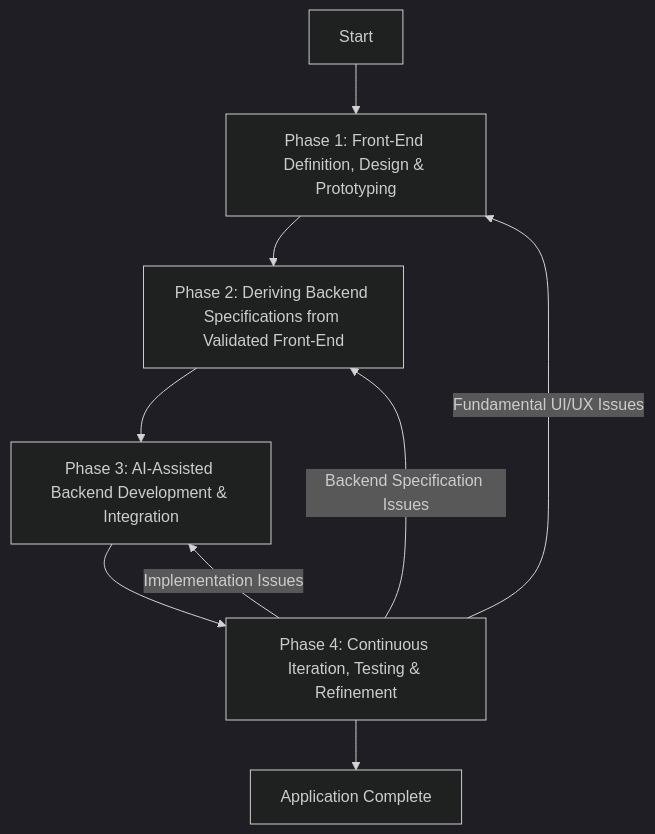
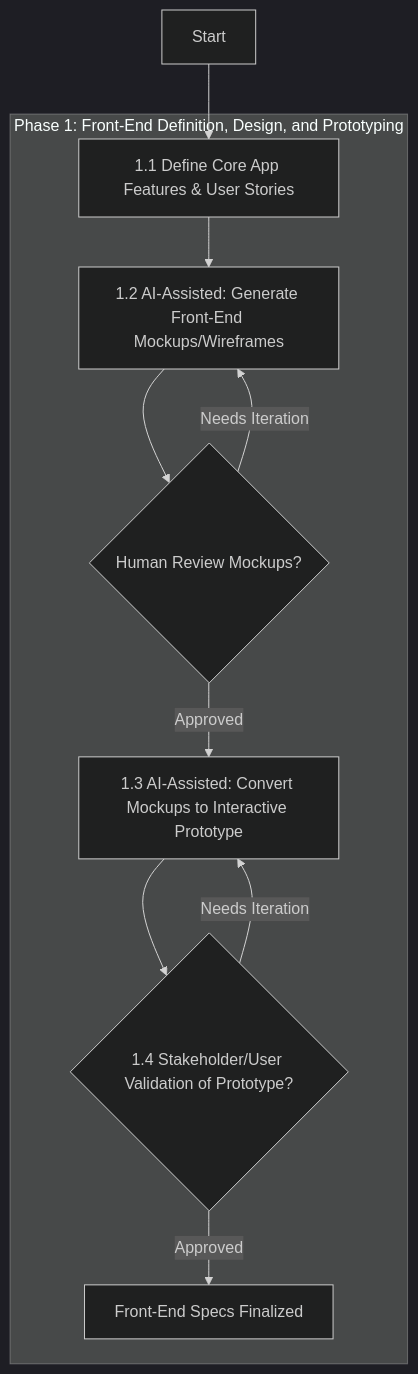
Before and after one commit to Mharbulous/Front-First-Method: the diagram in Prompt_Snippets/design-first/DF-phase1.md, drawn with Mermaid (dark theme).

````diff
--- a/Prompt_Snippets/design-first/DF-phase1.md
+++ b/Prompt_Snippets/design-first/DF-phase1.md
@@ -1,12 +1,14 @@
 ```mermaid
 graph TD
-    A[Start] --> Phase1["Phase 1: Front-End Definition, Design & Prototyping"]
-    Phase1 --> Phase2["Phase 2: Deriving Backend Specifications from Validated Front-End"]
-    Phase2 --> Phase3["Phase 3: AI-Assisted Backend Development & Integration"]
-    Phase3 --> Phase4["Phase 4: Continuous Iteration, Testing & Refinement"]
-    Phase4 --> F["Application Complete"]
+    A[Start] --> B1["1.1 Define Core App Features & User Stories"]
     
-    Phase4 -->|Implementation Issues| Phase3
-    Phase4 -->|Backend Specification Issues| Phase2
-    Phase4 -->|Fundamental UI/UX Issues| Phase1
+    subgraph Phase1 ["Phase 1: Front-End Definition, Design, and Prototyping"]
+        B1 --> B2["1.2 AI-Assisted: Generate Front-End Mockups/Wireframes"]
+        B2 --> B2_Val{"Human Review Mockups?"}
+        B2_Val -->|Needs Iteration| B2
+        B2_Val -->|Approved| B3["1.3 AI-Assisted: Convert Mockups to Interactive Prototype"]
+        B3 --> B4_Val{"1.4 Stakeholder/User Validation of Prototype?"}
+        B4_Val -->|Needs Iteration| B3
+        B4_Val -->|Approved| C_Spec["Front-End Specs Finalized"]
+    end
 ```
````
